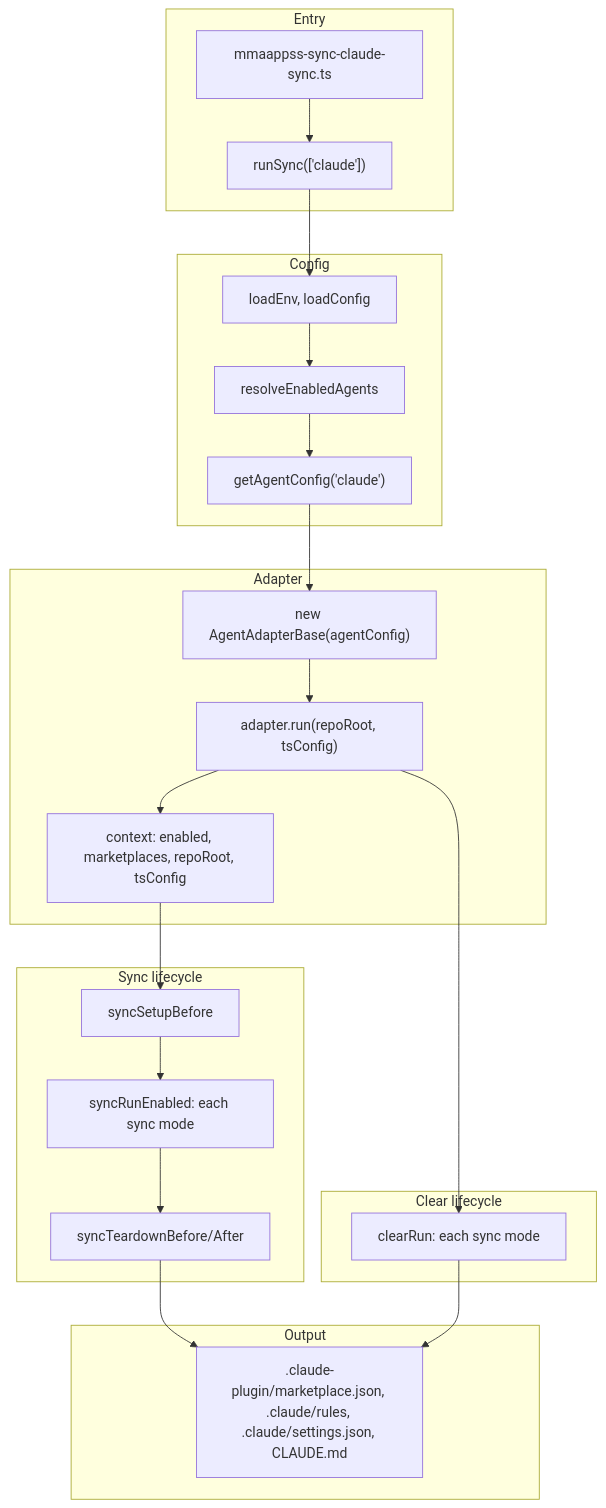
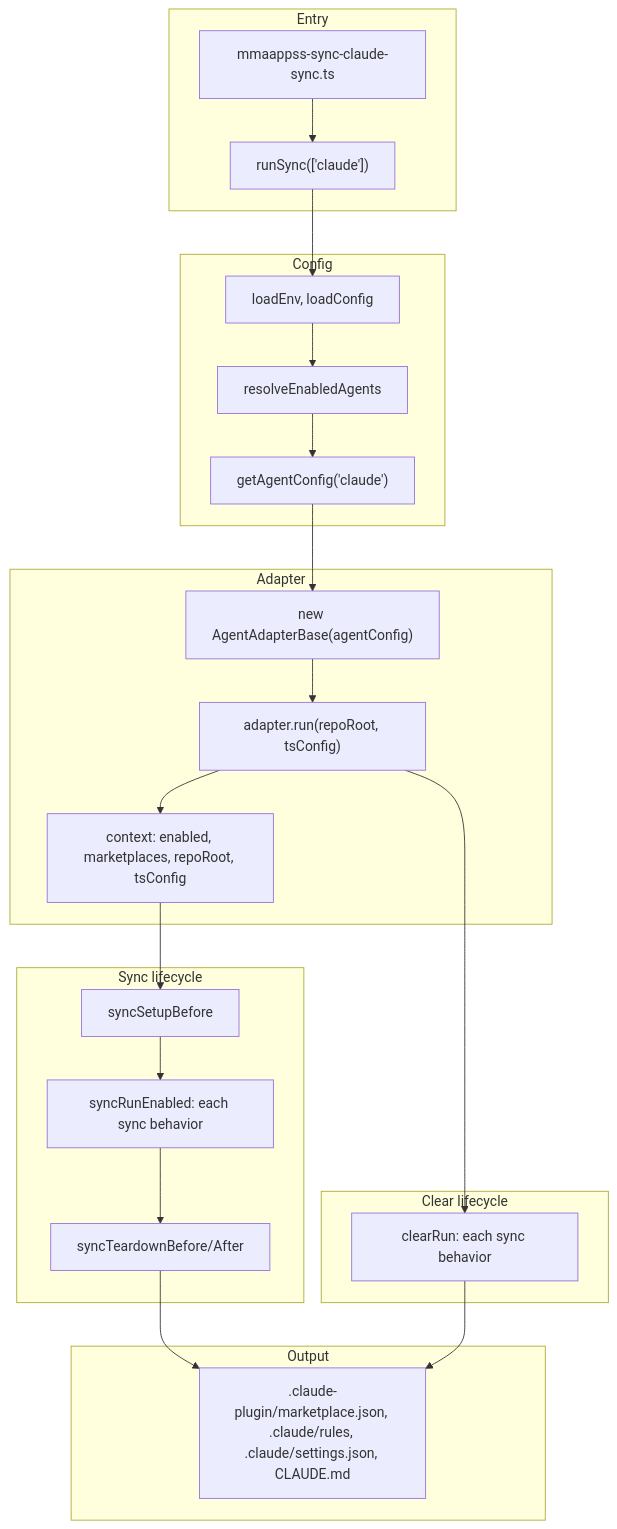
The diagram in packages/sync/.agents/plugins/mmaappss-sync/README.md (flycrum/mmaappss), drawn with Mermaid before and after one commit. The commit also changed other lines of this file and 23 other files, not shown here.

````diff
--- a/packages/sync/.agents/plugins/mmaappss-sync/README.md
+++ b/packages/sync/.agents/plugins/mmaappss-sync/README.md
@@ -53,41 +53,41 @@
 ```mermaid
 flowchart TB
   subgraph entry [Entry]
     Script["mmaappss-sync-claude-sync.ts"]
     RunSync["runSync(['claude'])"]
   end
   subgraph config [Config]
     LoadEnv["loadEnv, loadConfig"]
     ResolveAgents["resolveEnabledAgents"]
     GetAgent["getAgentConfig('claude')"]
   end
   subgraph adapter [Adapter]
     NewAdapter["new AgentAdapterBase(agentConfig)"]
     AdapterRun["adapter.run(repoRoot, tsConfig)"]
     Context["context: enabled, marketplaces, repoRoot, tsConfig"]
   end
   subgraph lifecycle [Sync lifecycle]
     SetupBefore["syncSetupBefore"]
-    RunEnabled["syncRunEnabled: each sync mode"]
+    RunEnabled["syncRunEnabled: each sync behavior"]
     Teardown["syncTeardownBefore/After"]
   end
   subgraph clearLifecycle [Clear lifecycle]
-    ClearRun["clearRun: each sync mode"]
+    ClearRun["clearRun: each sync behavior"]
   end
   subgraph out [Output]
     OutFiles[".claude-plugin/marketplace.json, .claude/rules, .claude/settings.json, CLAUDE.md"]
   end
   Script --> RunSync
   RunSync --> LoadEnv
   LoadEnv --> ResolveAgents
   ResolveAgents --> GetAgent
   GetAgent --> NewAdapter
   NewAdapter --> AdapterRun
   AdapterRun --> Context
   Context --> SetupBefore
   SetupBefore --> RunEnabled
   RunEnabled --> Teardown
   Teardown --> OutFiles
   AdapterRun --> ClearRun
   ClearRun --> OutFiles
 ```
````
